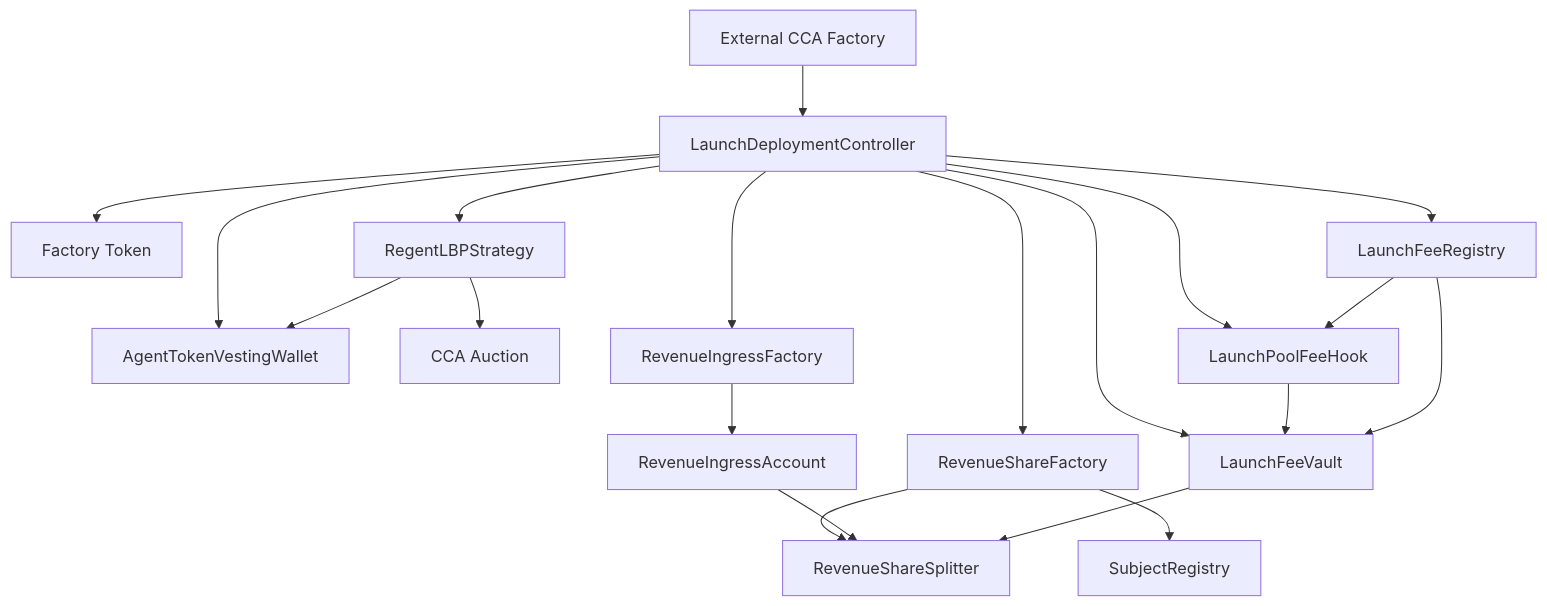
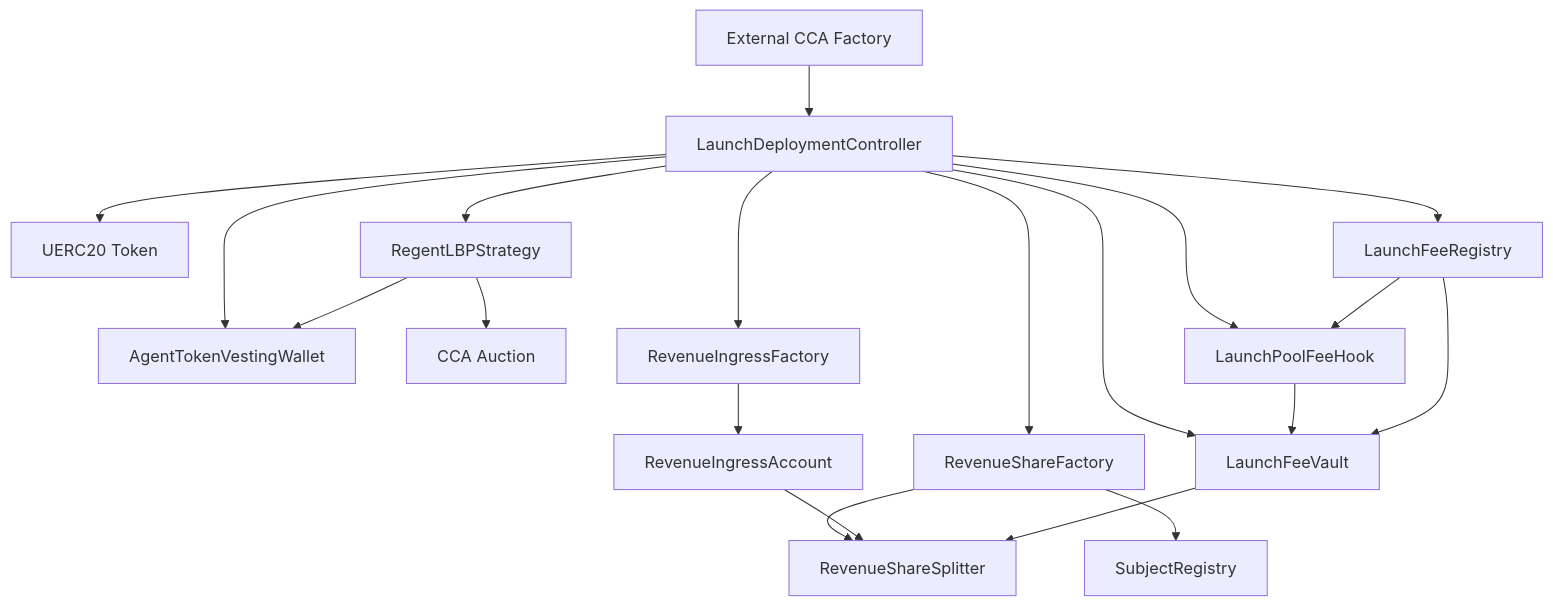
One commit to regent-ai/autolaunch changed the diagram in contracts/docs/ARCHITECTURE_GUIDE.md. Above: the diagram before and after it, drawn with Mermaid. The commit also changed other lines of this file and 89 other files, not shown here.

````diff
--- a/contracts/docs/ARCHITECTURE_GUIDE.md
+++ b/contracts/docs/ARCHITECTURE_GUIDE.md
@@ -35,25 +36,25 @@
 ```mermaid
 flowchart TD
     CCA["External CCA Factory"] --> CTRL["LaunchDeploymentController"]
-    CTRL --> TOKEN["Factory Token"]
+    CTRL --> TOKEN["UERC20 Token"]
     CTRL --> VEST["AgentTokenVestingWallet"]
     CTRL --> STRAT["RegentLBPStrategy"]
     STRAT --> AUCTION["CCA Auction"]
     CTRL --> REG["LaunchFeeRegistry"]
     CTRL --> VAULT["LaunchFeeVault"]
     CTRL --> HOOK["LaunchPoolFeeHook"]
     CTRL --> FACTORY["RevenueShareFactory"]
     CTRL --> INGRESS_FACTORY["RevenueIngressFactory"]
 
     FACTORY --> SUBJECT["SubjectRegistry"]
     FACTORY --> SPLITTER["RevenueShareSplitter"]
     INGRESS_FACTORY --> INGRESS["RevenueIngressAccount"]
     INGRESS --> SPLITTER
     STRAT --> VEST
 
     HOOK --> VAULT
     REG --> HOOK
     REG --> VAULT
     VAULT --> SPLITTER
 
 ```
````
